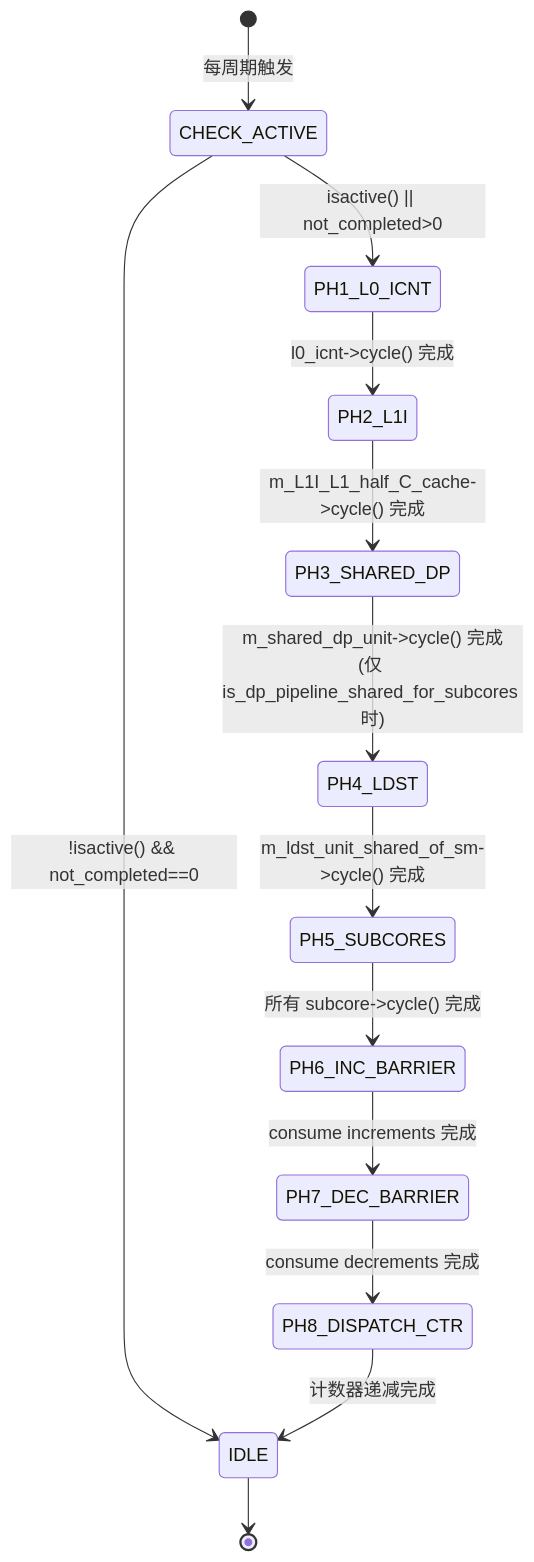
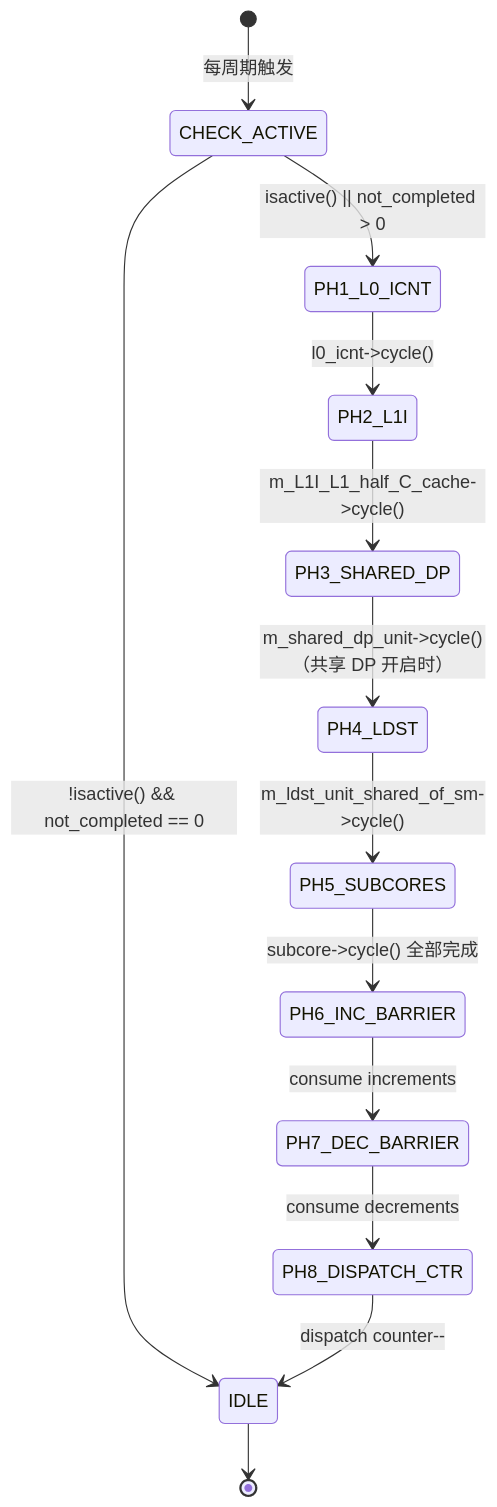
One commit to dzwduan/modern-gpu-simulator-micro-2025 changed the third of 7 diagrams in docs/detailed-design/02-SM顶层设计.md. Above: the diagram before and after it, drawn with Mermaid. The commit also changed other lines of this file, not shown here.

First line of the commit message:
docs: 更新02-SM页架构设计中的 Mermaid 图表语法

````diff
--- a/docs/detailed-design/02-SM顶层设计.md
+++ b/docs/detailed-design/02-SM顶层设计.md
@@ -321,17 +350,17 @@
 ```mermaid
 stateDiagram-v2
     [*] --> CHECK_ACTIVE: 每周期触发
-    CHECK_ACTIVE --> IDLE: !isactive() && not_completed==0
-    CHECK_ACTIVE --> PH1_L0_ICNT: isactive() || not_completed>0
+    CHECK_ACTIVE --> IDLE: !isactive() && not_completed == 0
+    CHECK_ACTIVE --> PH1_L0_ICNT: isactive() || not_completed > 0
 
-    PH1_L0_ICNT --> PH2_L1I: l0_icnt->cycle() 完成
-    PH2_L1I --> PH3_SHARED_DP: m_L1I_L1_half_C_cache->cycle() 完成
-    PH3_SHARED_DP --> PH4_LDST: m_shared_dp_unit->cycle() 完成<br/>(仅 is_dp_pipeline_shared_for_subcores 时)
-    PH4_LDST --> PH5_SUBCORES: m_ldst_unit_shared_of_sm->cycle() 完成
-    PH5_SUBCORES --> PH6_INC_BARRIER: 所有 subcore->cycle() 完成
-    PH6_INC_BARRIER --> PH7_DEC_BARRIER: consume increments 完成
-    PH7_DEC_BARRIER --> PH8_DISPATCH_CTR: consume decrements 完成
-    PH8_DISPATCH_CTR --> IDLE: 计数器递减完成
+    PH1_L0_ICNT --> PH2_L1I: l0_icnt->cycle()
+    PH2_L1I --> PH3_SHARED_DP: m_L1I_L1_half_C_cache->cycle()
+    PH3_SHARED_DP --> PH4_LDST: m_shared_dp_unit->cycle()（共享 DP 开启时）
+    PH4_LDST --> PH5_SUBCORES: m_ldst_unit_shared_of_sm->cycle()
+    PH5_SUBCORES --> PH6_INC_BARRIER: subcore->cycle() 全部完成
+    PH6_INC_BARRIER --> PH7_DEC_BARRIER: consume increments
+    PH7_DEC_BARRIER --> PH8_DISPATCH_CTR: consume decrements
+    PH8_DISPATCH_CTR --> IDLE: dispatch counter--
 
     IDLE --> [*]
 ```
````
